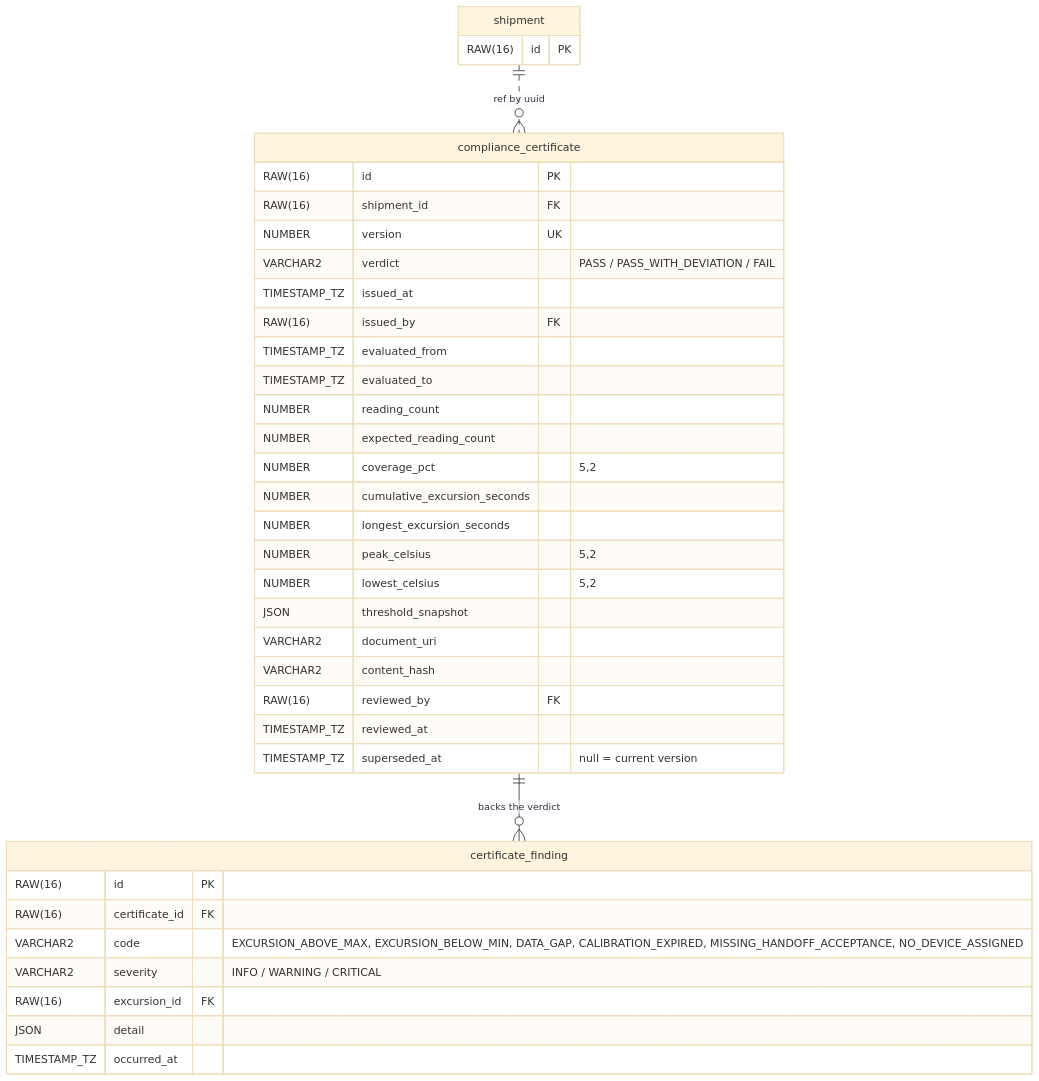
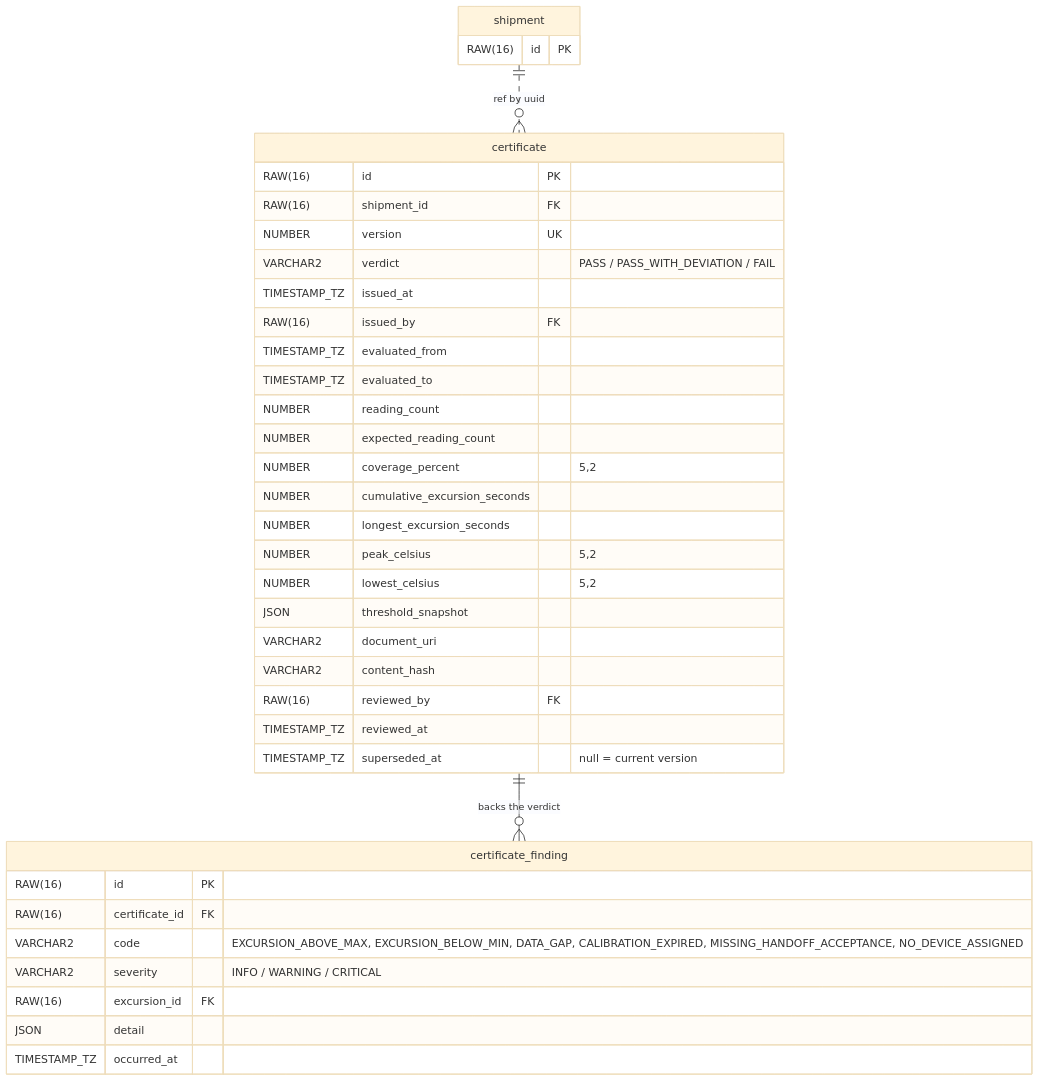
One commit to jorge-lherrera/coldchain-api changed the seventh of 7 diagrams in docs/specification.md. Above: the diagram before and after it, drawn with Mermaid (base theme). The commit also changed other lines of this file and 4 other files, not shown here.

````diff
--- a/docs/specification.md
+++ b/docs/specification.md
@@ -480,40 +480,40 @@
 ```mermaid
 erDiagram
   shipment {
     RAW(16) id PK
   }
-  compliance_certificate {
+  certificate {
     RAW(16) id PK
     RAW(16) shipment_id FK
     NUMBER version UK
     VARCHAR2 verdict "PASS / PASS_WITH_DEVIATION / FAIL"
     TIMESTAMP_TZ issued_at
     RAW(16) issued_by FK
     TIMESTAMP_TZ evaluated_from
     TIMESTAMP_TZ evaluated_to
     NUMBER reading_count
     NUMBER expected_reading_count
-    NUMBER coverage_pct "5,2"
+    NUMBER coverage_percent "5,2"
     NUMBER cumulative_excursion_seconds
     NUMBER longest_excursion_seconds
     NUMBER peak_celsius "5,2"
     NUMBER lowest_celsius "5,2"
     JSON threshold_snapshot
     VARCHAR2 document_uri
     VARCHAR2 content_hash
     RAW(16) reviewed_by FK
     TIMESTAMP_TZ reviewed_at
     TIMESTAMP_TZ superseded_at "null = current version"
   }
   certificate_finding {
     RAW(16) id PK
     RAW(16) certificate_id FK
     VARCHAR2 code "EXCURSION_ABOVE_MAX, EXCURSION_BELOW_MIN, DATA_GAP, CALIBRATION_EXPIRED, MISSING_HANDOFF_ACCEPTANCE, NO_DEVICE_ASSIGNED"
     VARCHAR2 severity "INFO / WARNING / CRITICAL"
     RAW(16) excursion_id FK
     JSON detail
     TIMESTAMP_TZ occurred_at
   }
-  shipment ||..o{ compliance_certificate : "ref by uuid"
-  compliance_certificate ||--o{ certificate_finding : "backs the verdict"
+  shipment ||..o{ certificate : "ref by uuid"
+  certificate ||--o{ certificate_finding : "backs the verdict"
 ```
````
